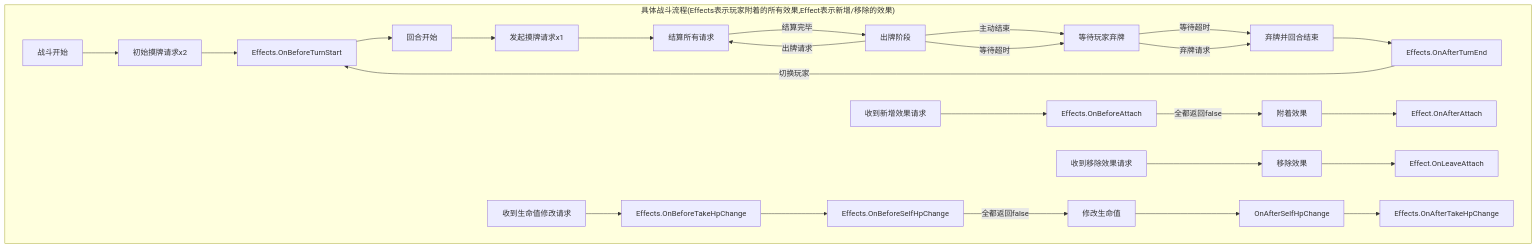
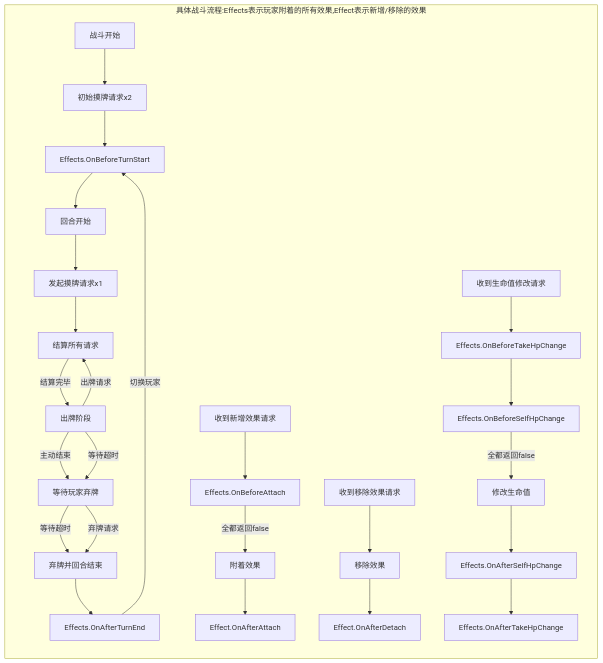
One commit to wyt2000/EarthCore changed the second of 3 diagrams in Docs/Frame/timeline.md. Above: the diagram before and after it, drawn with Mermaid. The commit also changed other lines of this file and 1 other file, not shown here.

````diff
--- a/Docs/Frame/timeline.md
+++ b/Docs/Frame/timeline.md
@@ -16,18 +16,19 @@
 ```mermaid
 graph TB
-subgraph "具体战斗流程(Effects表示玩家附着的所有效果,Effect表示新增/移除的效果)"
-    A[战斗开始] --> B[初始摸牌请求x2]
-    B --> BC[Effects.OnBeforeTurnStart] --> C[回合开始]
-    C --> 发起摸牌请求x1 --> F
-    D --> |主动结束| E[等待玩家弃牌]
-    D --> |等待超时| E
-    D --> |出牌请求| F[结算所有请求]
-    E --> |等待超时| G[弃牌并回合结束]
-    E --> |弃牌请求| G
-    F --> |结算完毕| D[出牌阶段]
-    G --> Effects.OnAfterTurnEnd --> |切换玩家| BC
-    收到新增效果请求 --> Effects.OnBeforeAttach --> |全都返回false| 附着效果 --> Effect.OnAfterAttach
-    收到移除效果请求 --> 移除效果 --> Effect.OnLeaveAttach
-    收到生命值修改请求 --> Effects.OnBeforeTakeHpChange --> Effects.OnBeforeSelfHpChange --> |全都返回false| 修改生命值 --> OnAfterSelfHpChange --> Effects.OnAfterTakeHpChange
-end
+    subgraph "具体战斗流程:Effects表示玩家附着的所有效果,Effect表示新增/移除的效果"
+        direction TB
+        A[战斗开始] --> B[初始摸牌请求x2]
+        B --> BC[Effects.OnBeforeTurnStart] --> C[回合开始]
+        C --> 发起摸牌请求x1 --> F
+        D -->|主动结束| E[等待玩家弃牌]
+        D -->|等待超时| E
+        D -->|出牌请求| F[结算所有请求]
+        E -->|等待超时| G[弃牌并回合结束]
+        E -->|弃牌请求| G
+        F -->|结算完毕| D[出牌阶段]
+        G --> Effects.OnAfterTurnEnd -->|切换玩家| BC
+        收到新增效果请求 --> Effects.OnBeforeAttach -->|全都返回false| 附着效果 --> Effect.OnAfterAttach
+        收到移除效果请求 --> 移除效果 --> Effect.OnAfterDetach
+        收到生命值修改请求 --> Effects.OnBeforeTakeHpChange --> Effects.OnBeforeSelfHpChange -->|全都返回false| 修改生命值 --> Effects.OnAfterSelfHpChange --> Effects.OnAfterTakeHpChange
+    end
 ```
````
